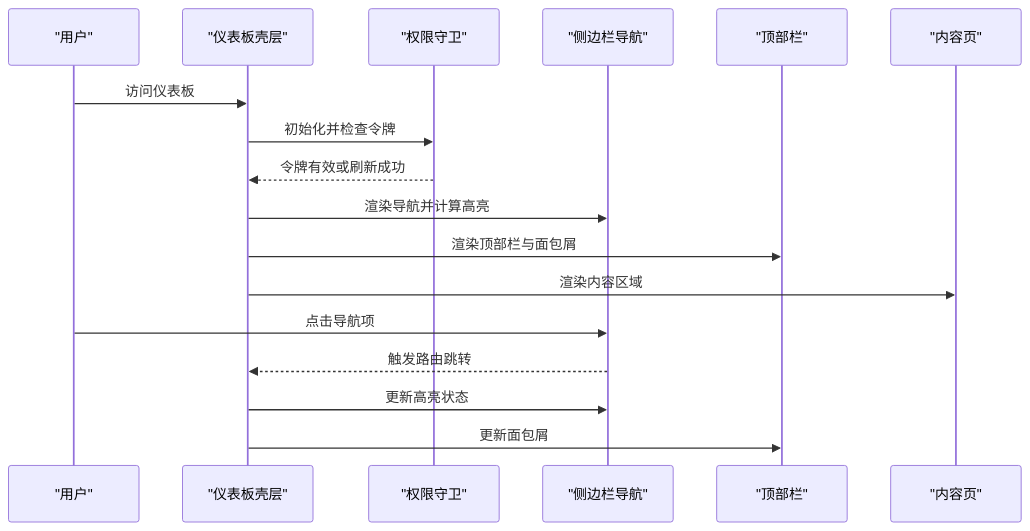
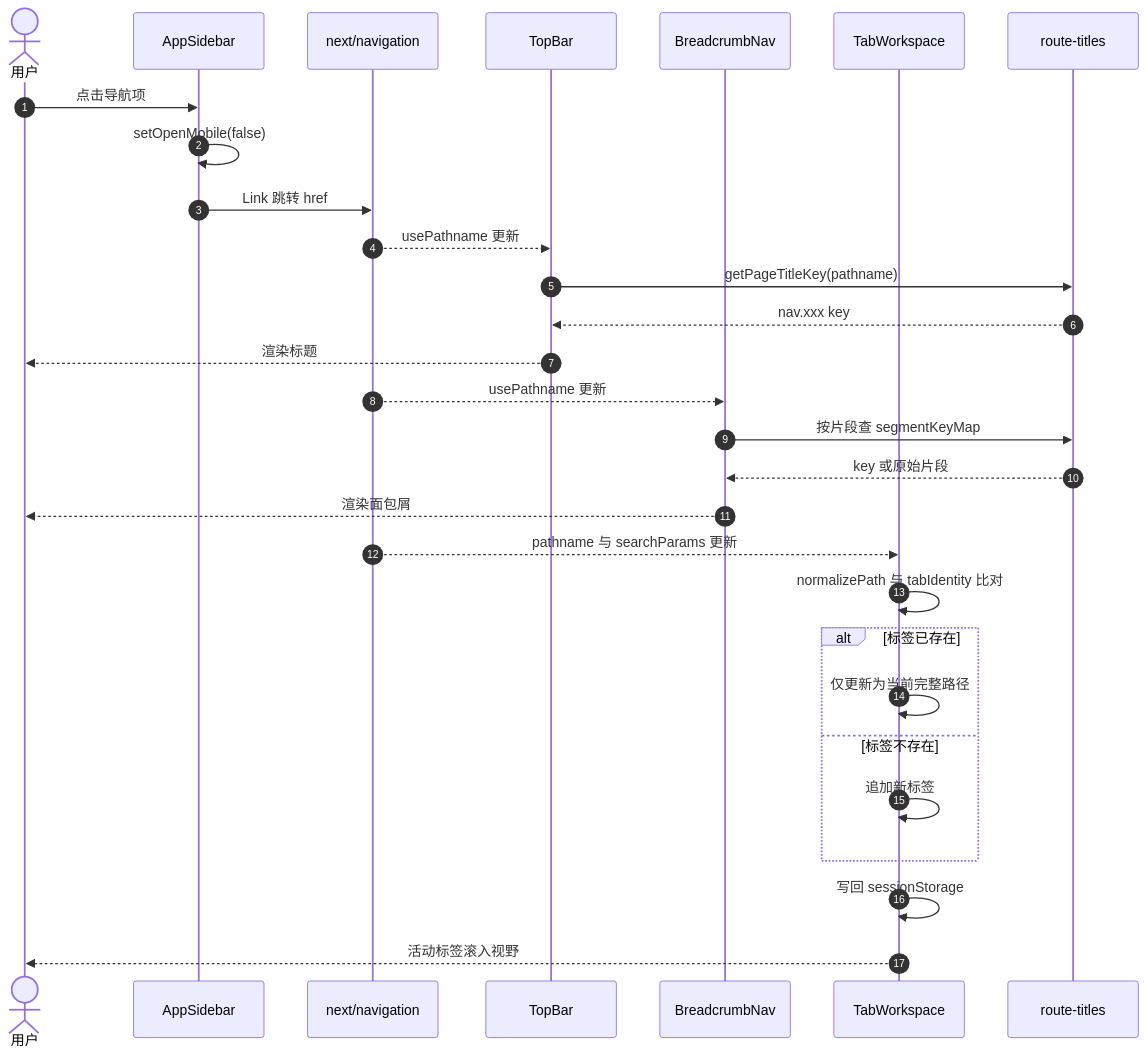
One commit to x01n/My-OpenWaf changed the third of 6 diagrams in docs/前端管理界面/Next.js 架构设计/仪表板布局与导航.md. Above: the diagram before and after it, drawn with Mermaid. The commit also changed other lines of this file and 622 other files, not shown here.

````diff
--- a/docs/前端管理界面/Next.js 架构设计/仪表板布局与导航.md
+++ b/docs/前端管理界面/Next.js 架构设计/仪表板布局与导航.md
@@ -95,19 +213,31 @@
 ```mermaid
 sequenceDiagram
-participant U as "用户"
-participant L as "仪表板壳层"
-participant A as "权限守卫"
-participant S as "侧边栏导航"
-participant T as "顶部栏"
-participant C as "内容页"
-U->>L : 访问仪表板
-L->>A : 初始化并检查令牌
-A-->>L : 令牌有效或刷新成功
-L->>S : 渲染导航并计算高亮
-L->>T : 渲染顶部栏与面包屑
-L->>C : 渲染内容区域
-U->>S : 点击导航项
-S-->>L : 触发路由跳转
-L->>S : 更新高亮状态
-L->>T : 更新面包屑
+  autonumber
+  actor U as 用户
+  participant SB as AppSidebar
+  participant PX as next/navigation
+  participant TB as TopBar
+  participant BC as BreadcrumbNav
+  participant TW as TabWorkspace
+  participant RT as route-titles
+  U->>SB: 点击导航项
+  SB->>SB: setOpenMobile(false)
+  SB->>PX: Link 跳转 href
+  PX-->>TB: usePathname 更新
+  TB->>RT: getPageTitleKey(pathname)
+  RT-->>TB: nav.xxx key
+  TB-->>U: 渲染标题
+  PX-->>BC: usePathname 更新
+  BC->>RT: 按片段查 segmentKeyMap
+  RT-->>BC: key 或原始片段
+  BC-->>U: 渲染面包屑
+  PX-->>TW: pathname 与 searchParams 更新
+  TW->>TW: normalizePath 与 tabIdentity 比对
+  alt 标签已存在
+    TW->>TW: 仅更新为当前完整路径
+  else 标签不存在
+    TW->>TW: 追加新标签
+  end
+  TW->>TW: 写回 sessionStorage
+  TW-->>U: 活动标签滚入视野
 ```
````
